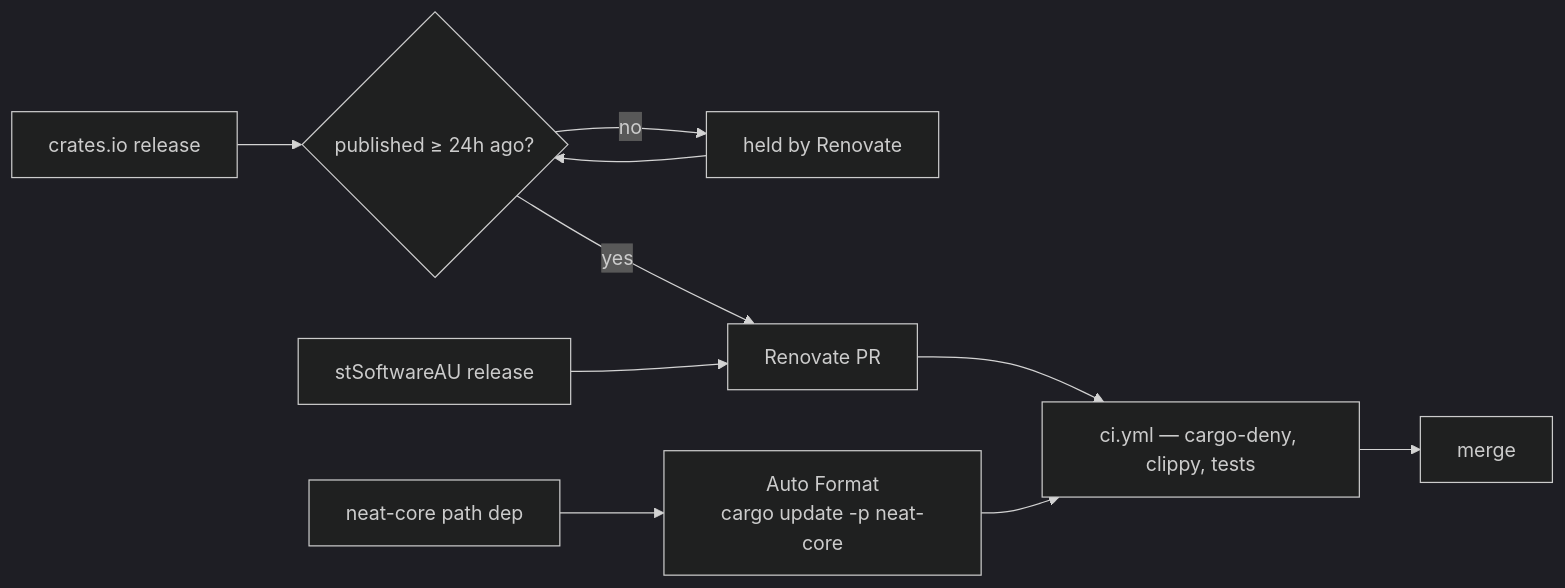
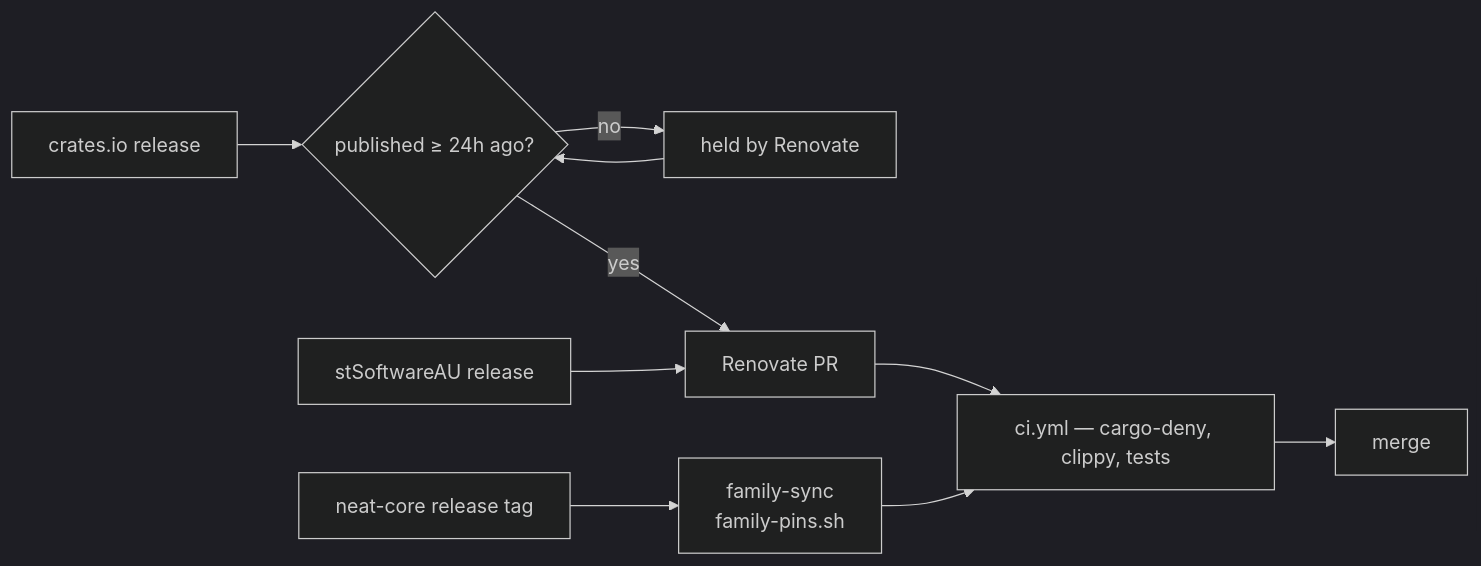
Diagram 15 of 22 in README.md (stSoftwareAU/NEAT-AI-Backpropagation), drawn with Mermaid (dark theme) before and after one commit. The commit also changed other lines of this file and 3 other files, not shown here.

First line of the commit message:
Document the neat-core release pin and retired gate (#153)

````diff
--- a/README.md
+++ b/README.md
@@ -990,12 +1028,12 @@
 ```mermaid
 flowchart LR
     A[crates.io release] --> B{"published ≥ 24h ago?"}
     B -- no --> C[held by Renovate]
     C --> B
     B -- yes --> D[Renovate PR]
     E[stSoftwareAU release] --> D
-    F[neat-core path dep] --> G[Auto Format<br/>cargo update -p neat-core]
+    F[neat-core release tag] --> G[family-sync<br/>family-pins.sh]
     D --> H["ci.yml — cargo-deny, clippy, tests"]
     G --> H
     H --> I[merge]
 ```
````
